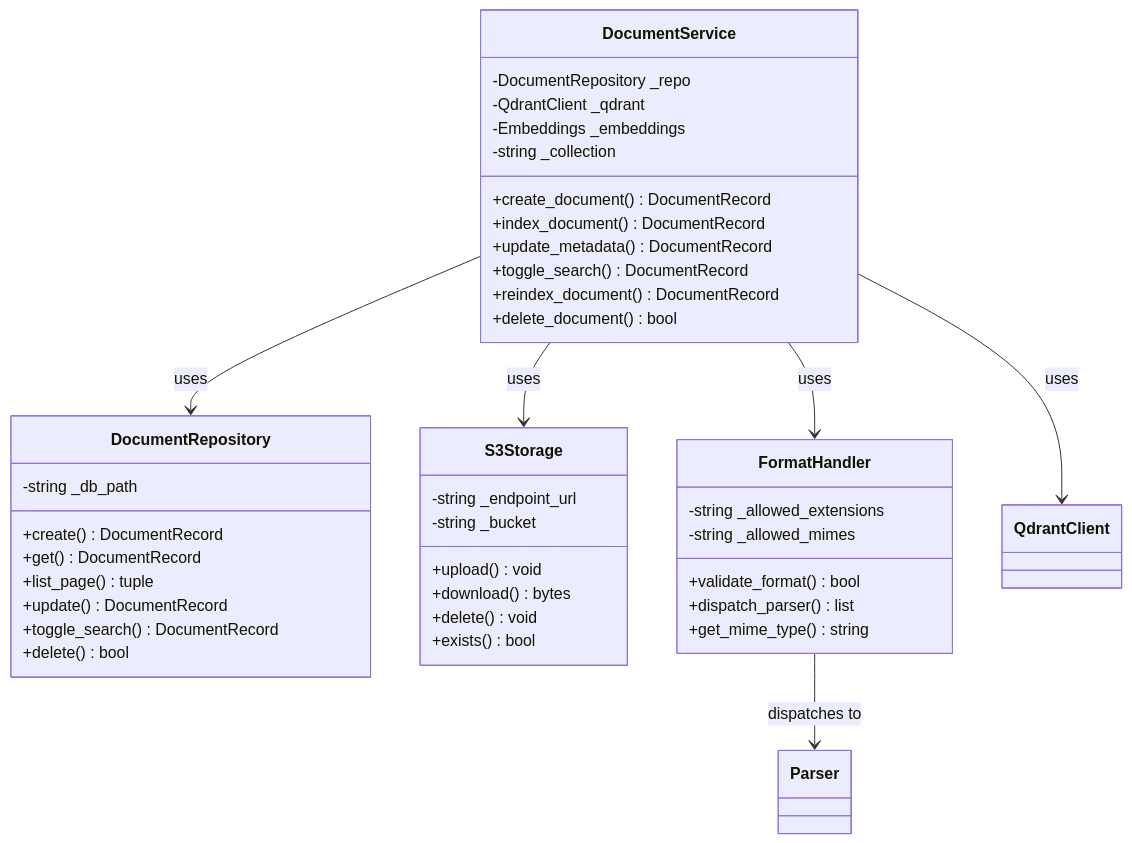
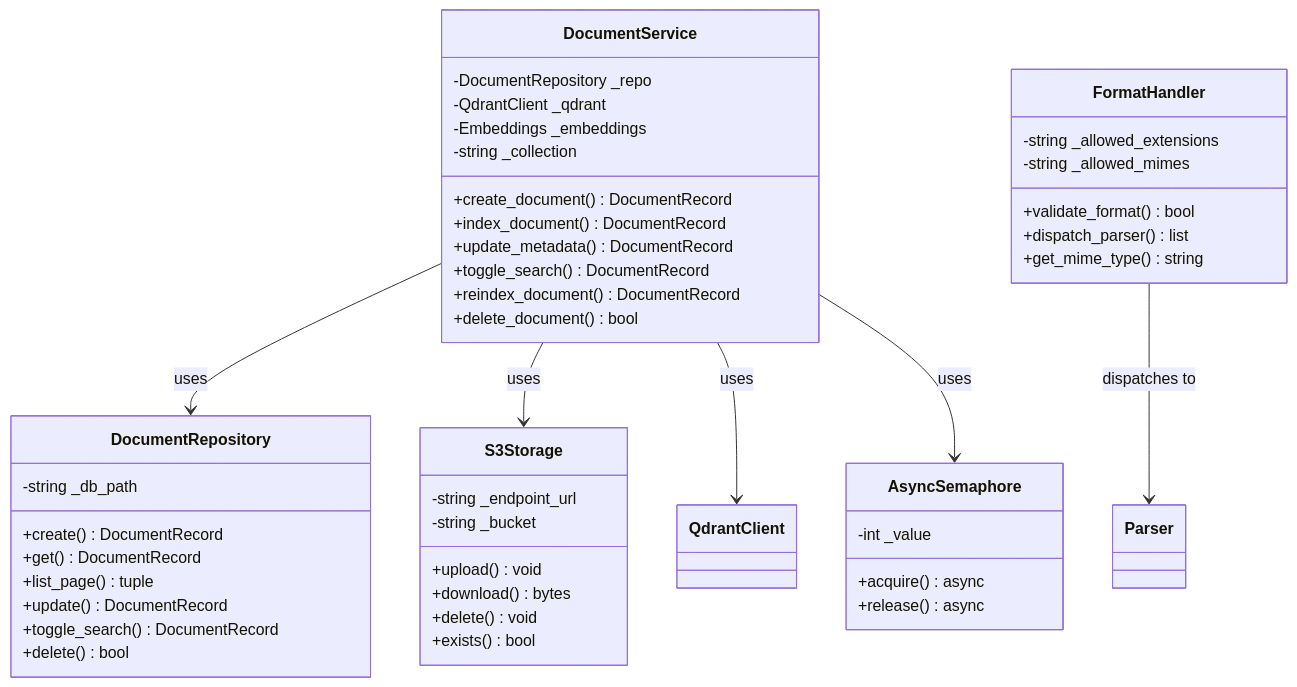
One commit to ognelis/cafetera_hr_bot changed the third of 20 diagrams in .qoder/repowiki/en/content/Document Management System.md. Above: the diagram before and after it, drawn with Mermaid. The commit also changed other lines of this file and 7 other files, not shown here.

````diff
--- a/.qoder/repowiki/en/content/Document Management System.md
+++ b/.qoder/repowiki/en/content/Document Management System.md
@@ -195,44 +200,49 @@
 ```mermaid
 classDiagram
 class DocumentService {
 -DocumentRepository _repo
 -QdrantClient _qdrant
 -Embeddings _embeddings
 -string _collection
 +create_document() DocumentRecord
 +index_document() DocumentRecord
 +update_metadata() DocumentRecord
 +toggle_search() DocumentRecord
 +reindex_document() DocumentRecord
 +delete_document() bool
 }
 class DocumentRepository {
 -string _db_path
 +create() DocumentRecord
 +get() DocumentRecord
 +list_page() tuple
 +update() DocumentRecord
 +toggle_search() DocumentRecord
 +delete() bool
 }
 class S3Storage {
 -string _endpoint_url
 -string _bucket
 +upload() void
 +download() bytes
 +delete() void
 +exists() bool
 }
 class FormatHandler {
 -string _allowed_extensions
 -string _allowed_mimes
 +validate_format() bool
 +dispatch_parser() list
 +get_mime_type() string
 }
+class AsyncSemaphore {
+-int _value
++acquire() async
++release() async
+}
 DocumentService --> DocumentRepository : uses
 DocumentService --> S3Storage : uses
 DocumentService --> QdrantClient : uses
-DocumentService --> FormatHandler : uses
+DocumentService --> AsyncSemaphore : uses
 FormatHandler --> Parser : dispatches to
 ```
````
